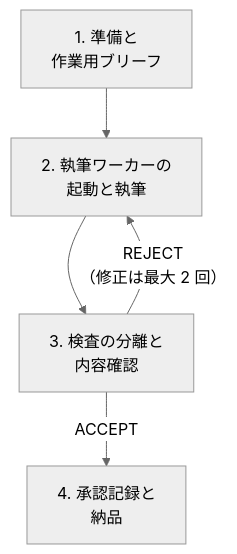
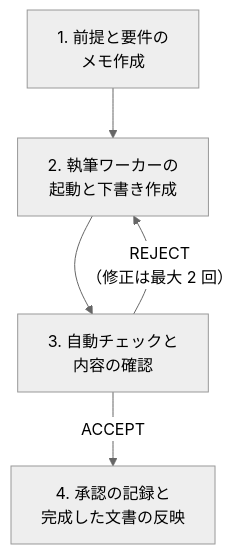
The first of 2 diagrams in articles/agy-gemini-japanese-skill.md (shunk031/zenn-contents), drawn with Mermaid (neutral theme) before and after one commit. The commit also changed other lines of this file and 1 other file, not shown here.

````diff
--- a/articles/agy-gemini-japanese-skill.md
+++ b/articles/agy-gemini-japanese-skill.md
@@ -87,7 +99,7 @@
 ```mermaid
 flowchart TD
-    step1["1. 準備と<br>作業用ブリーフ"] --> step2["2. 執筆ワーカーの<br>起動と執筆"]
-    step2 --> step3["3. 検査の分離と<br>内容確認"]
+    step1["1. 前提と要件の<br>メモ作成"] --> step2["2. 執筆ワーカーの<br>起動と下書き作成"]
+    step2 --> step3["3. 自動チェックと<br>内容の確認"]
     step3 -- "REJECT<br>（修正は最大 2 回）" --> step2
-    step3 -- "ACCEPT" --> step4["4. 承認記録と<br>納品"]
+    step3 -- "ACCEPT" --> step4["4. 承認の記録と<br>完成した文書の反映"]
 ```
````
